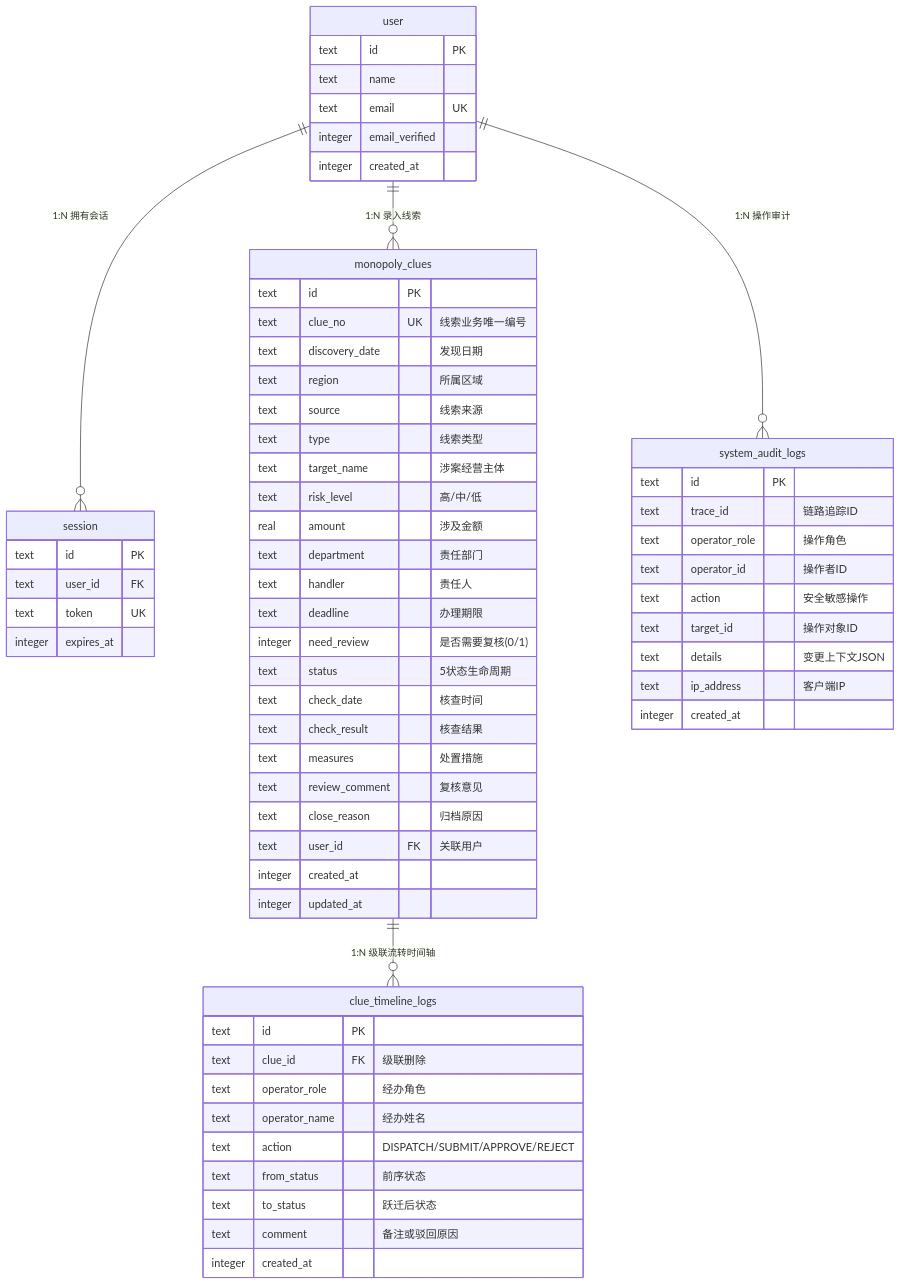
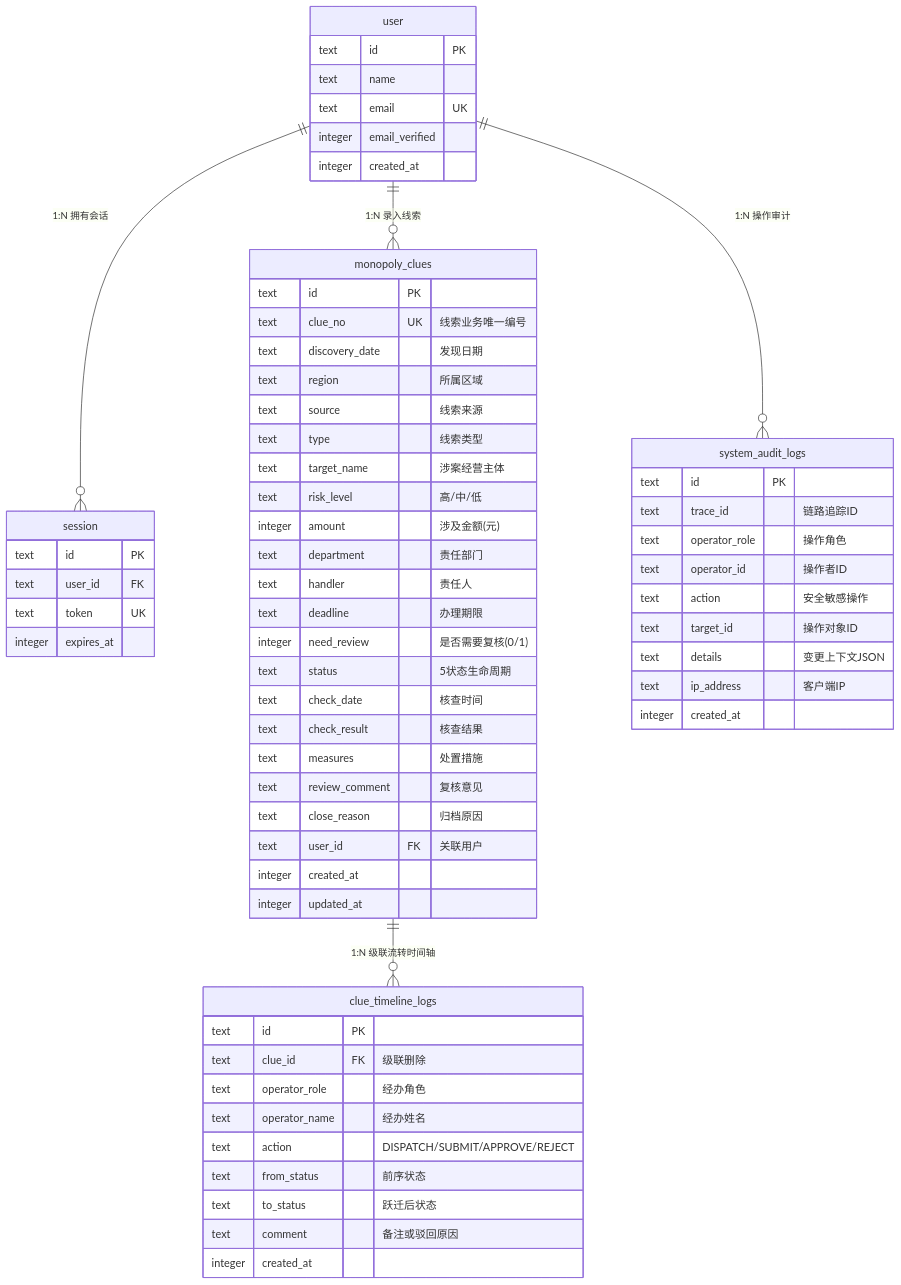
Before and after one commit to xsyubin/clue-lens: the second of 5 diagrams in ARCHITECTURE.md, drawn with Mermaid. The commit also changed other lines of this file and 14 other files, not shown here.

````diff
--- a/ARCHITECTURE.md
+++ b/ARCHITECTURE.md
@@ -66,71 +64,71 @@
 ```mermaid
 erDiagram
     user ||--o{ session : "1:N 拥有会话"
     user ||--o{ monopoly_clues : "1:N 录入线索"
     monopoly_clues ||--o{ clue_timeline_logs : "1:N 级联流转时间轴"
     user ||--o{ system_audit_logs : "1:N 操作审计"
 
     user {
         text id PK
         text name
         text email UK
         integer email_verified
         integer created_at
     }
 
     session {
         text id PK
         text user_id FK
         text token UK
         integer expires_at
     }
 
     monopoly_clues {
         text id PK
         text clue_no UK "线索业务唯一编号"
         text discovery_date "发现日期"
         text region "所属区域"
         text source "线索来源"
         text type "线索类型"
         text target_name "涉案经营主体"
         text risk_level "高/中/低"
-        real amount "涉及金额"
+        integer amount "涉及金额(元)"
         text department "责任部门"
         text handler "责任人"
         text deadline "办理期限"
         integer need_review "是否需要复核(0/1)"
         text status "5状态生命周期"
         text check_date "核查时间"
         text check_result "核查结果"
         text measures "处置措施"
         text review_comment "复核意见"
         text close_reason "归档原因"
         text user_id FK "关联用户"
         integer created_at
         integer updated_at
     }
 
     clue_timeline_logs {
         text id PK
         text clue_id FK "级联删除"
         text operator_role "经办角色"
         text operator_name "经办姓名"
         text action "DISPATCH/SUBMIT/APPROVE/REJECT"
         text from_status "前序状态"
         text to_status "跃迁后状态"
         text comment "备注或驳回原因"
         integer created_at
     }
 
     system_audit_logs {
         text id PK
         text trace_id "链路追踪ID"
         text operator_role "操作角色"
         text operator_id "操作者ID"
         text action "安全敏感操作"
         text target_id "操作对象ID"
         text details "变更上下文JSON"
         text ip_address "客户端IP"
         integer created_at
     }
 ```
````
